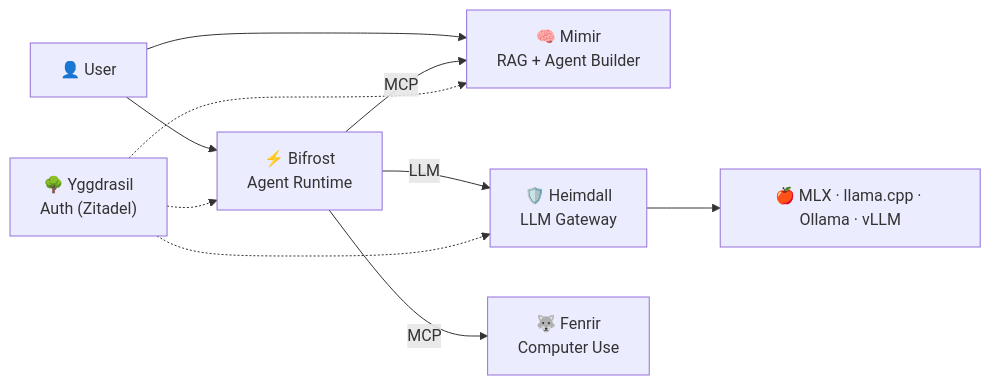
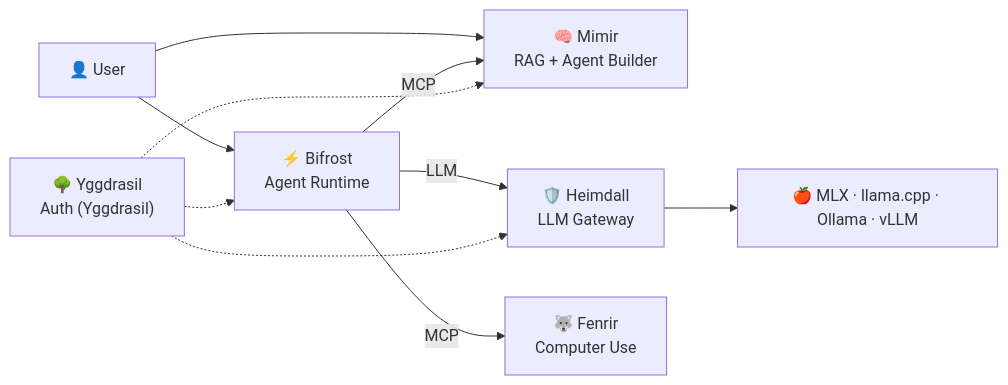
The diagram in docs/README.md (MegaWiz-Dev-Team/Asgard), drawn with Mermaid before and after one commit. The commit also changed other lines of this file and 28 other files, not shown here.

First line of the commit message:
refactor: rename Zitadel → Yggdrasil branding

````diff
--- a/docs/README.md
+++ b/docs/README.md
@@ -51,15 +51,15 @@
 ```mermaid
 graph LR
     User["👤 User"] --> Mimir["🧠 Mimir<br/>RAG + Agent Builder"]
     User --> Bifrost["⚡ Bifrost<br/>Agent Runtime"]
 
     Bifrost --> |"LLM"| Heimdall["🛡️ Heimdall<br/>LLM Gateway"]
     Bifrost --> |"MCP"| Mimir
     Bifrost --> |"MCP"| Fenrir["🐺 Fenrir<br/>Computer Use"]
 
     Heimdall --> LLM["🍎 MLX · llama.cpp · Ollama · vLLM"]
 
-    Yggdrasil["🌳 Yggdrasil<br/>Auth (Zitadel)"] -.-> Heimdall
+    Yggdrasil["🌳 Yggdrasil<br/>Auth (Yggdrasil)"] -.-> Heimdall
     Yggdrasil -.-> Mimir
     Yggdrasil -.-> Bifrost
 ```
````
